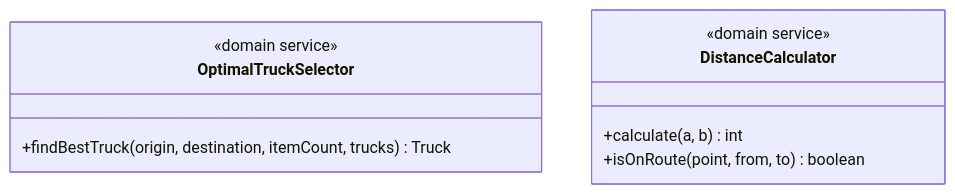
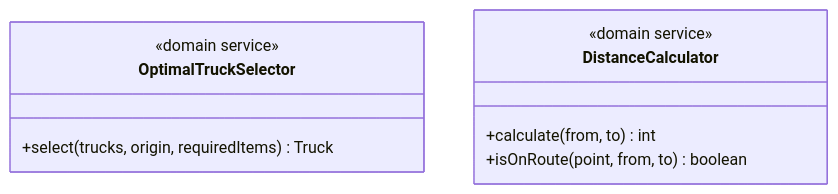
Before and after one commit to PauLopNun/workshop-suministros: the third of 7 diagrams in transport/ddd.md, drawn with Mermaid. The commit also changed other lines of this file and 5 other files, not shown here.

````diff
--- a/transport/ddd.md
+++ b/transport/ddd.md
@@ -92,12 +97,12 @@
 ```mermaid
 classDiagram
     class OptimalTruckSelector {
         <<domain service>>
-        +findBestTruck(origin, destination, itemCount, trucks) Truck
+        +select(trucks, origin, requiredItems) Truck
     }
     class DistanceCalculator {
         <<domain service>>
-        +calculate(a, b) int
+        +calculate(from, to) int
         +isOnRoute(point, from, to) boolean
     }
 ```
````
